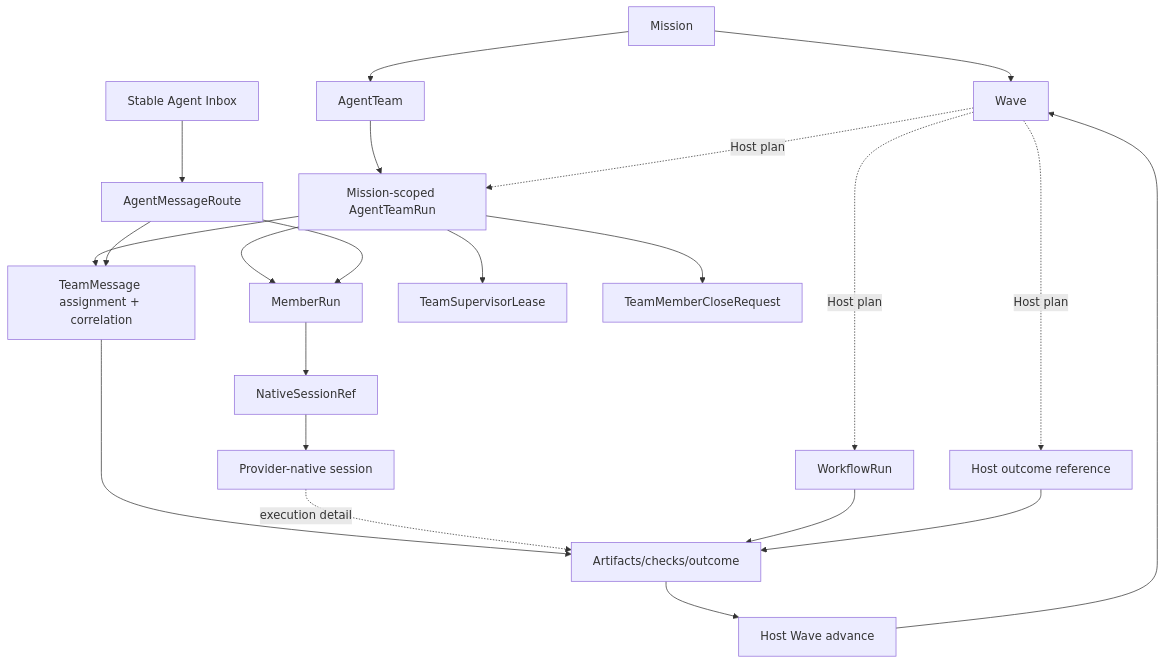
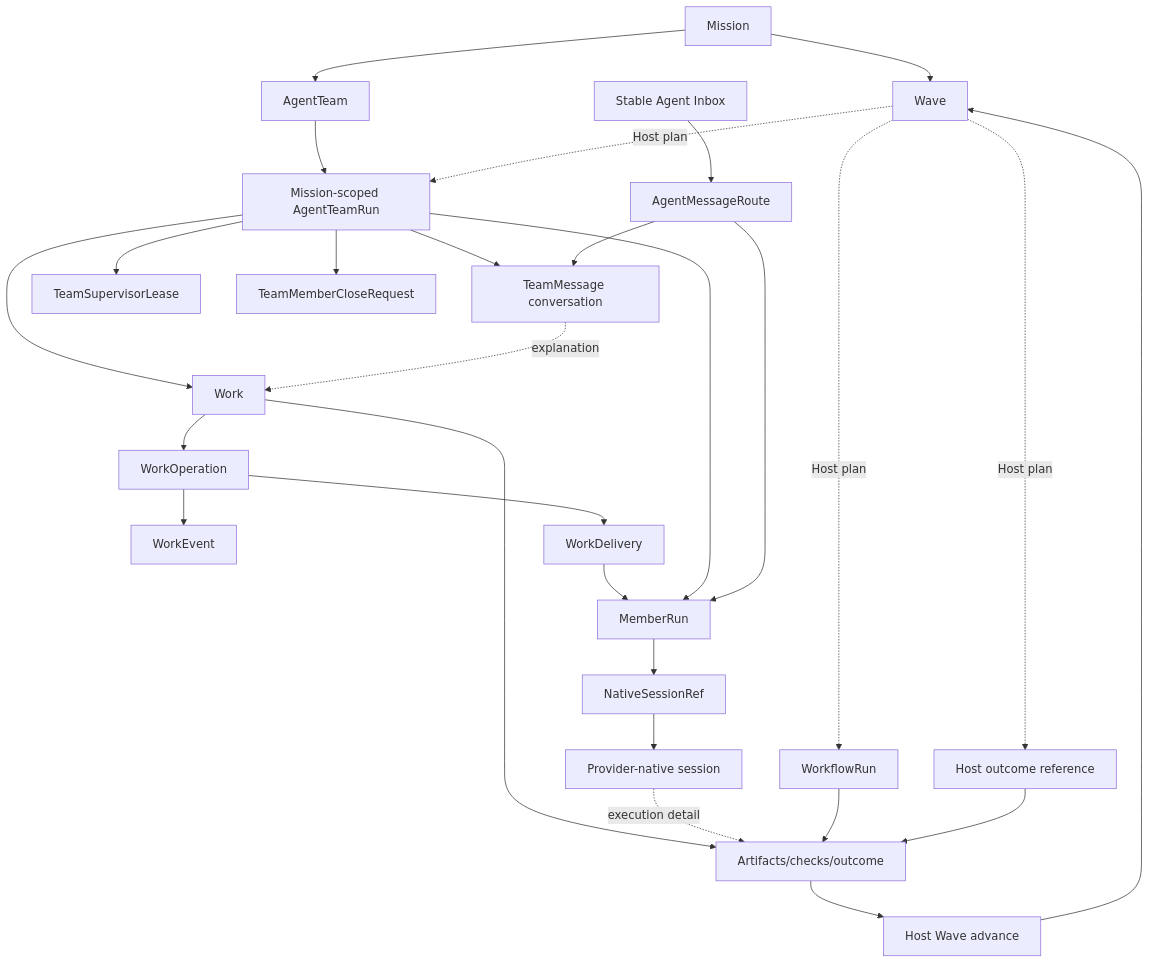
The diagram in docs/data-model.md (cyl19970726/multi-agent-harness), drawn with Mermaid before and after one commit. The commit also changed other lines of this file and 127 other files, not shown here.

````diff
--- a/docs/data-model.md
+++ b/docs/data-model.md
@@ -78,24 +79,30 @@
 ```mermaid
 flowchart TD
   Mission[Mission] --> Wave[Wave]
   Mission --> Team[AgentTeam]
   Team --> TeamRun[Mission-scoped AgentTeamRun]
   Wave -. Host plan .-> TeamRun
   Wave -. Host plan .-> WorkflowRun[WorkflowRun]
   Wave -. Host plan .-> HostRun[Host outcome reference]
-  TeamRun --> TeamMsg[TeamMessage assignment + correlation]
+  TeamRun --> Work[Work]
+  Work --> WorkOperation[WorkOperation]
+  WorkOperation --> WorkEvent[WorkEvent]
+  WorkOperation --> WorkDelivery[WorkDelivery]
+  WorkDelivery --> Member
+  TeamRun --> TeamMsg[TeamMessage conversation]
   TeamRun --> Member[MemberRun]
   TeamRun --> Supervisor[TeamSupervisorLease]
   TeamRun --> CloseRequest[TeamMemberCloseRequest]
   AgentInbox[Stable Agent Inbox] --> Route[AgentMessageRoute]
   Route --> TeamMsg
   Route --> Member
   Member --> Binding[NativeSessionRef]
   Binding --> Session[Provider-native session]
-  TeamMsg --> Artifact[Artifacts/checks/outcome]
+  Work --> Artifact[Artifacts/checks/outcome]
+  TeamMsg -. explanation .-> Work
   Session -. execution detail .-> Artifact
   WorkflowRun --> Artifact
   HostRun --> Artifact
   Artifact --> Gate[Host Wave advance]
   Gate --> Wave
 ```
````
